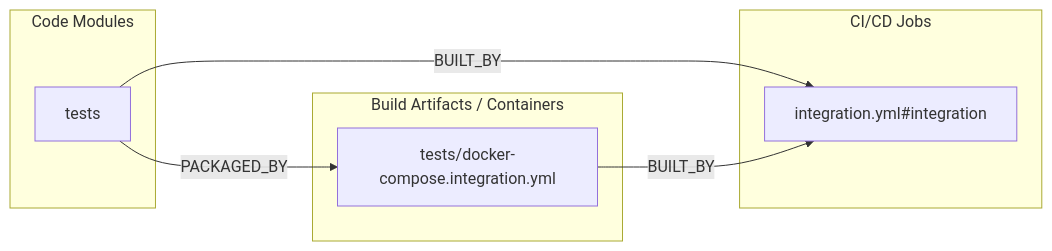
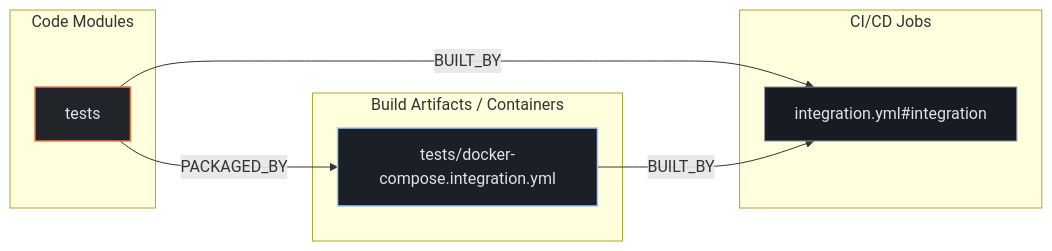
The second of 3 diagrams in exports/latest/reports/nextcloud-user_oidc-report.md (kumarshaz/atruss-code-atlas), drawn with Mermaid before and after one commit. The commit also changed other lines of this file and 331 other files, not shown here.

Commit message:
docs,ui,fix: update SDLC docs, reorder CI/CD DAG first, stylize Mermaid, and fix Arc42 pipeline topology

````diff
--- a/exports/latest/reports/nextcloud-user_oidc-report.md
+++ b/exports/latest/reports/nextcloud-user_oidc-report.md
@@ -206,15 +213,19 @@
 ```mermaid
 flowchart LR
+    classDef atlasCategory fill:#212428,stroke:#E87A48,stroke-width:1.5px,color:#dfe3eb
+    classDef atlasWorkflow fill:#1b2026,stroke:#a3c9ff,stroke-width:1.5px,color:#dfe3eb
+    classDef atlasJob fill:#171c22,stroke:#8d9199,stroke-width:1px,color:#dfe3eb
+    classDef atlasTarget fill:#005227,stroke:#8bd99b,stroke-width:1.5px,color:#a7f6b6
     subgraph code_modules["Code Modules"]
-        mod_tests["tests"]
+        mod_tests["tests"]:::atlasCategory
     end
     subgraph build_artifacts["Build Artifacts / Containers"]
-        art_tests_docker_compose_integration_yml["tests/docker-compose.integration.yml"]
+        art_tests_docker_compose_integration_yml["tests/docker-compose.integration.yml"]:::atlasWorkflow
     end
     subgraph ci_jobs["CI/CD Jobs"]
-        job_integration_yml_integration["integration.yml#integration"]
+        job_integration_yml_integration["integration.yml#integration"]:::atlasJob
     end
     mod_tests -->|BUILT_BY| job_integration_yml_integration
     mod_tests -->|PACKAGED_BY| art_tests_docker_compose_integration_yml
     art_tests_docker_compose_integration_yml -->|BUILT_BY| job_integration_yml_integration
 ```
````
